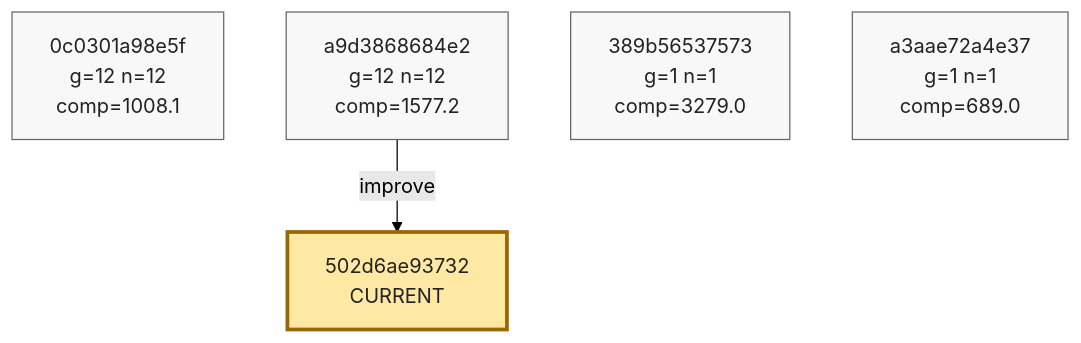
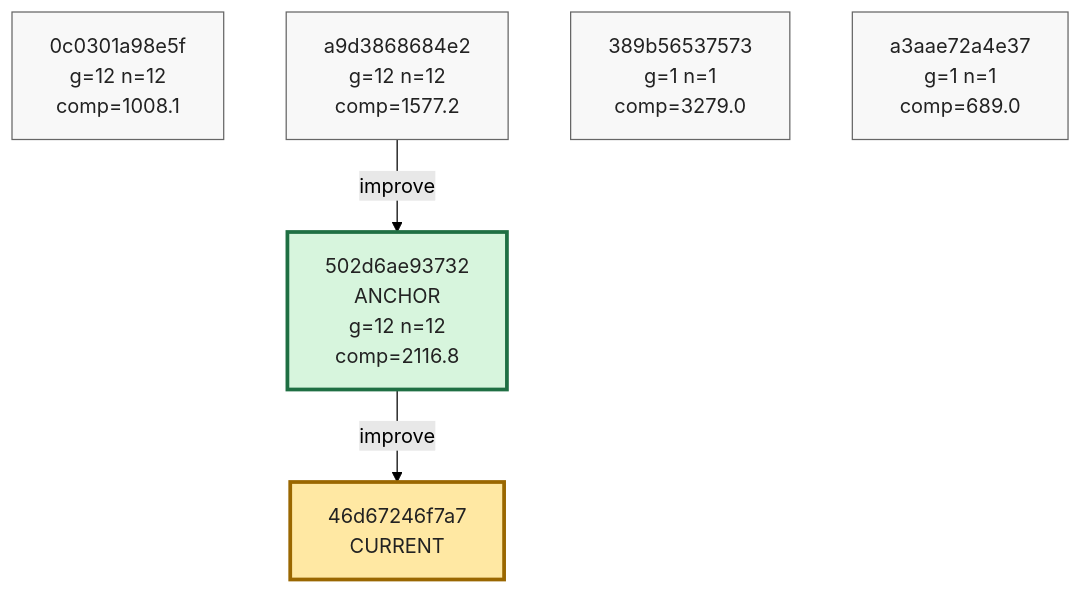
The tenth of 10 diagrams in phyrogenetic-tree.md (azumag/soviet_now), drawn with Mermaid (forest theme) before and after one commit. The commit also changed other lines of this file and 2 other files, not shown here.

Commit message:
eloop Improve after 12 games (scores: 1616 2143 2442 2177 1833 2601 2623 1225 1561 4259 2510 3822)

````diff
--- a/phyrogenetic-tree.md
+++ b/phyrogenetic-tree.md
@@ -2542,21 +2540,24 @@
 ```mermaid
 flowchart TD
     h_0c0301a98e5f["0c0301a98e5f<br/>g=12 n=12<br/>comp=1008.1"]
     h_a9d3868684e2["a9d3868684e2<br/>g=12 n=12<br/>comp=1577.2"]
+    h_502d6ae93732["502d6ae93732<br/>ANCHOR<br/>g=12 n=12<br/>comp=2116.8"]
     h_389b56537573["389b56537573<br/>g=1 n=1<br/>comp=3279.0"]
     h_a3aae72a4e37["a3aae72a4e37<br/>g=1 n=1<br/>comp=689.0"]
-    h_502d6ae93732["502d6ae93732<br/>CURRENT"]
+    h_46d67246f7a7["46d67246f7a7<br/>CURRENT"]
 
     h_a9d3868684e2 -->|improve| h_502d6ae93732
+    h_502d6ae93732 -->|improve| h_46d67246f7a7
 
     classDef plain fill:#f8f8f8,stroke:#666,stroke-width:1px,color:#222;
     classDef current fill:#ffe8a3,stroke:#9a6700,stroke-width:3px,color:#222;
     classDef anchor fill:#d7f5dd,stroke:#1f6f43,stroke-width:3px,color:#222;
     classDef current_anchor fill:#f3e4a8,stroke:#1f6f43,stroke-width:4px,color:#222;
 
     class h_0c0301a98e5f plain;
     class h_a9d3868684e2 plain;
+    class h_502d6ae93732 anchor;
     class h_389b56537573 plain;
     class h_a3aae72a4e37 plain;
-    class h_502d6ae93732 current;
+    class h_46d67246f7a7 current;
 ```
````
